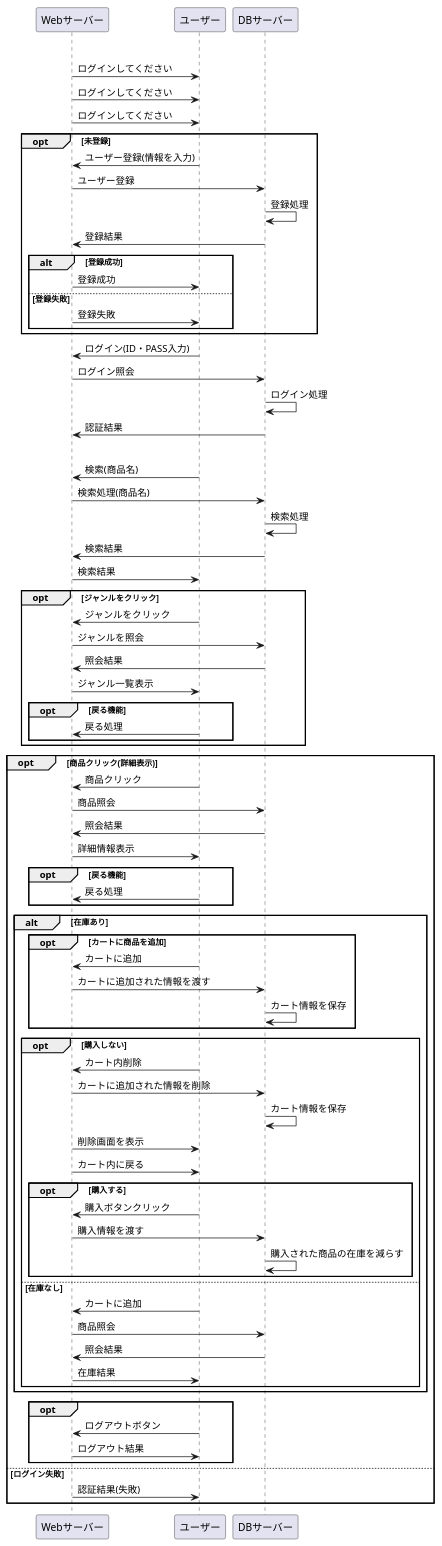
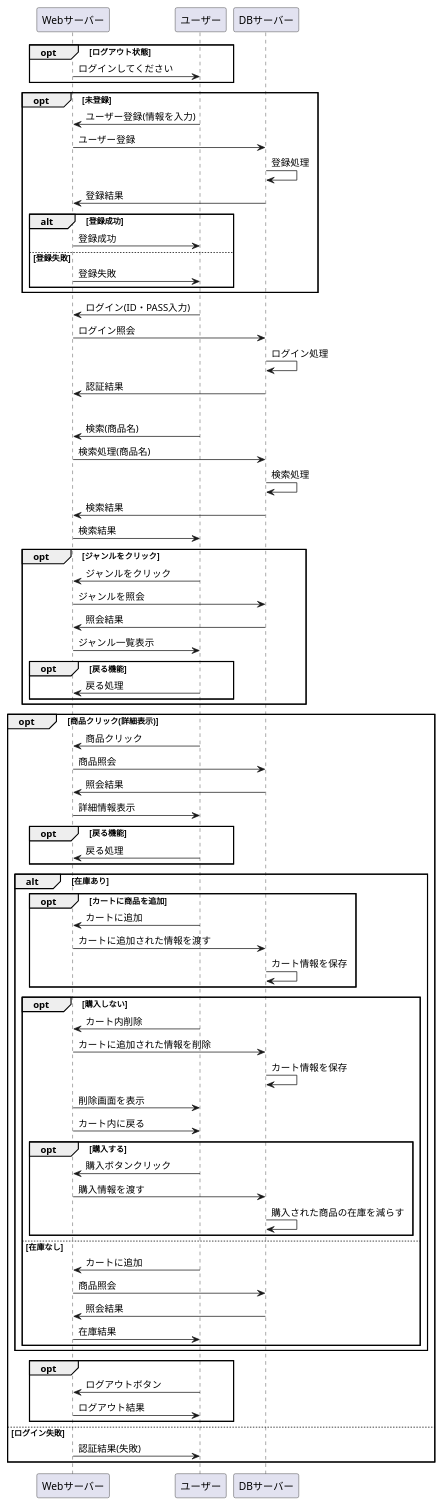
One commit to Aso2001184/2021sys-design changed the diagram in あの消し.業務フロー.md. Above: the diagram before and after it, drawn with PlantUML.

```diff
--- a/あの消し.業務フロー.md
+++ b/あの消し.業務フロー.md
@@ -2,8 +2,7 @@
 @startuml
 opt ログアウト状態
 Webサーバー -> ユーザー : ログインしてください
-Webサーバー -> ユーザー : ログインしてください
-Webサーバー -> ユーザー : ログインしてください
+end
 
 opt 未登録
 ユーザー -> Webサーバー : ユーザー登録(情報を入力)
```
